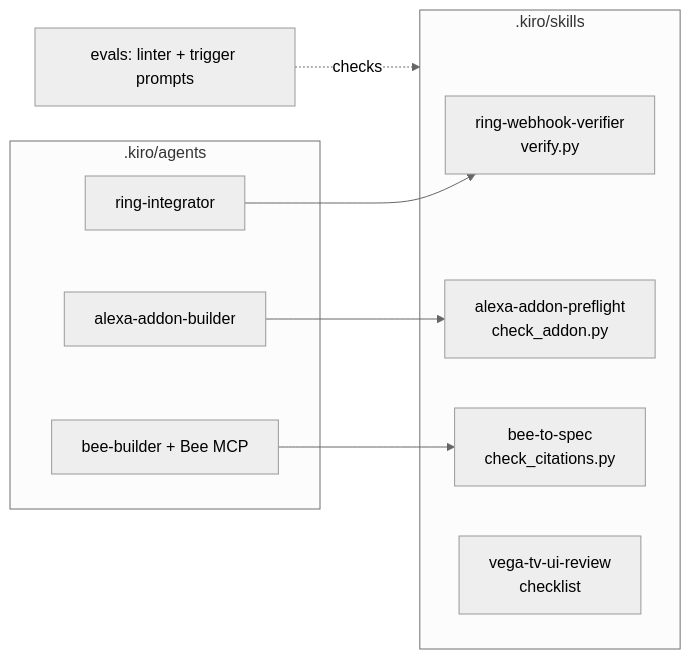
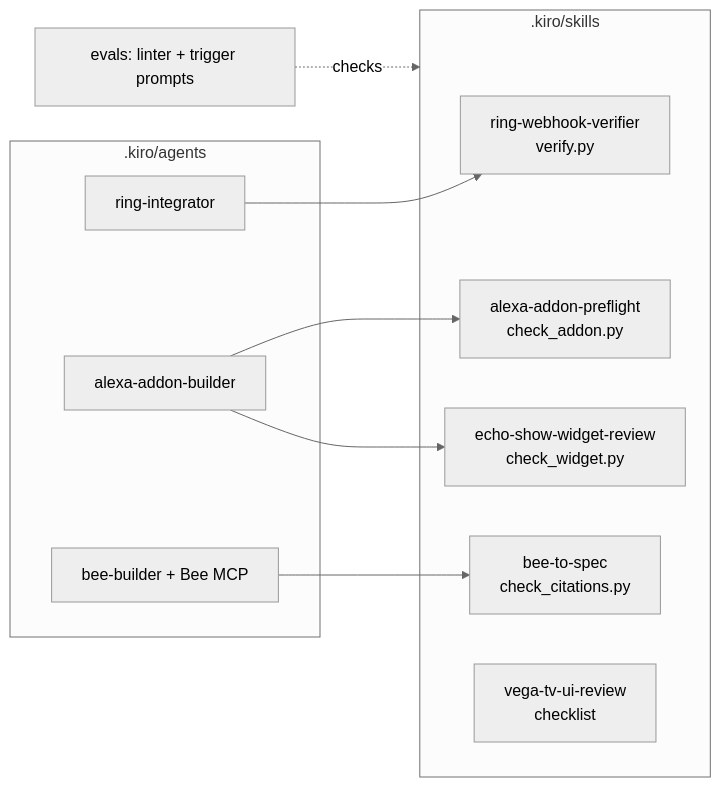
One commit to akashtalole/Kiro-Reinvent changed the diagram in labs/62-build-kiro-skills-and-agents/README.md. Above: the diagram before and after it, drawn with Mermaid (neutral theme). The commit also changed other lines of this file and 13 other files, not shown here.

First line of the commit message:
Add Echo Show (Alexa+ with a screen) ideas, widget-review skill and sample widget

````diff
--- a/labs/62-build-kiro-skills-and-agents/README.md
+++ b/labs/62-build-kiro-skills-and-agents/README.md
@@ -26,18 +26,20 @@
 ```mermaid
 flowchart LR
   subgraph skills[.kiro/skills]
     RW[ring-webhook-verifier<br/>verify.py]
     AP[alexa-addon-preflight<br/>check_addon.py]
+    EW[echo-show-widget-review<br/>check_widget.py]
     BS[bee-to-spec<br/>check_citations.py]
     VT[vega-tv-ui-review<br/>checklist]
   end
   subgraph agents[.kiro/agents]
     RI[ring-integrator]
     AB[alexa-addon-builder]
     BB[bee-builder + Bee MCP]
   end
   RI --> RW
   AB --> AP
+  AB --> EW
   BB --> BS
   EV[evals: linter + trigger prompts] -. checks .-> skills
 ```
````
